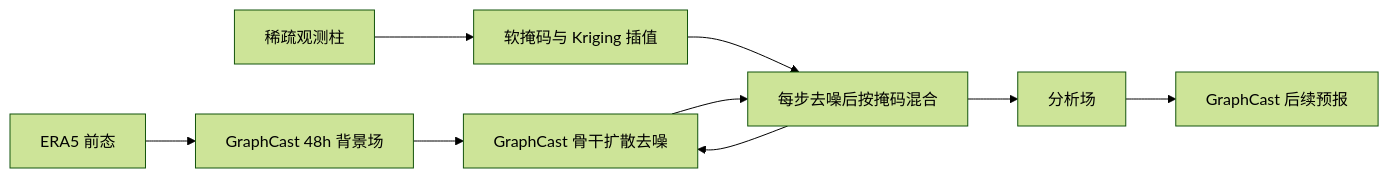
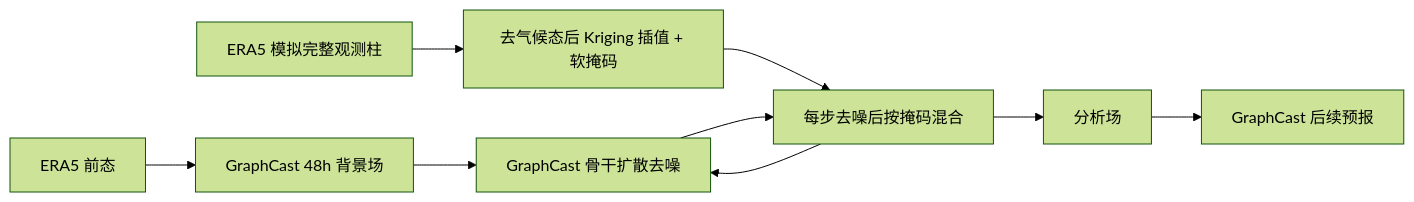
The diagram in notes/assimilation/33-diffda.md (morestart/weather-dl-paper-notes), drawn with Mermaid (forest theme) before and after one commit. The commit also changed other lines of this file and 2 other files, not shown here.

Commit message:
Deepen DiffDA assimilation note with training and figure audit

````diff
--- a/notes/assimilation/33-diffda.md
+++ b/notes/assimilation/33-diffda.md
@@ -23,11 +23,11 @@
 ```mermaid
 flowchart LR
   A[ERA5 前态] --> B[GraphCast 48h 背景场]
   B --> C[GraphCast 骨干扩散去噪]
-  D[稀疏观测柱] --> E[软掩码与 Kriging 插值]
+  D[ERA5 模拟完整观测柱] --> E[去气候态后 Kriging 插值 + 软掩码]
   E --> F[每步去噪后按掩码混合]
   C --> F
   F --> C
   F --> G[分析场]
   G --> H[GraphCast 后续预报]
 ```
````
